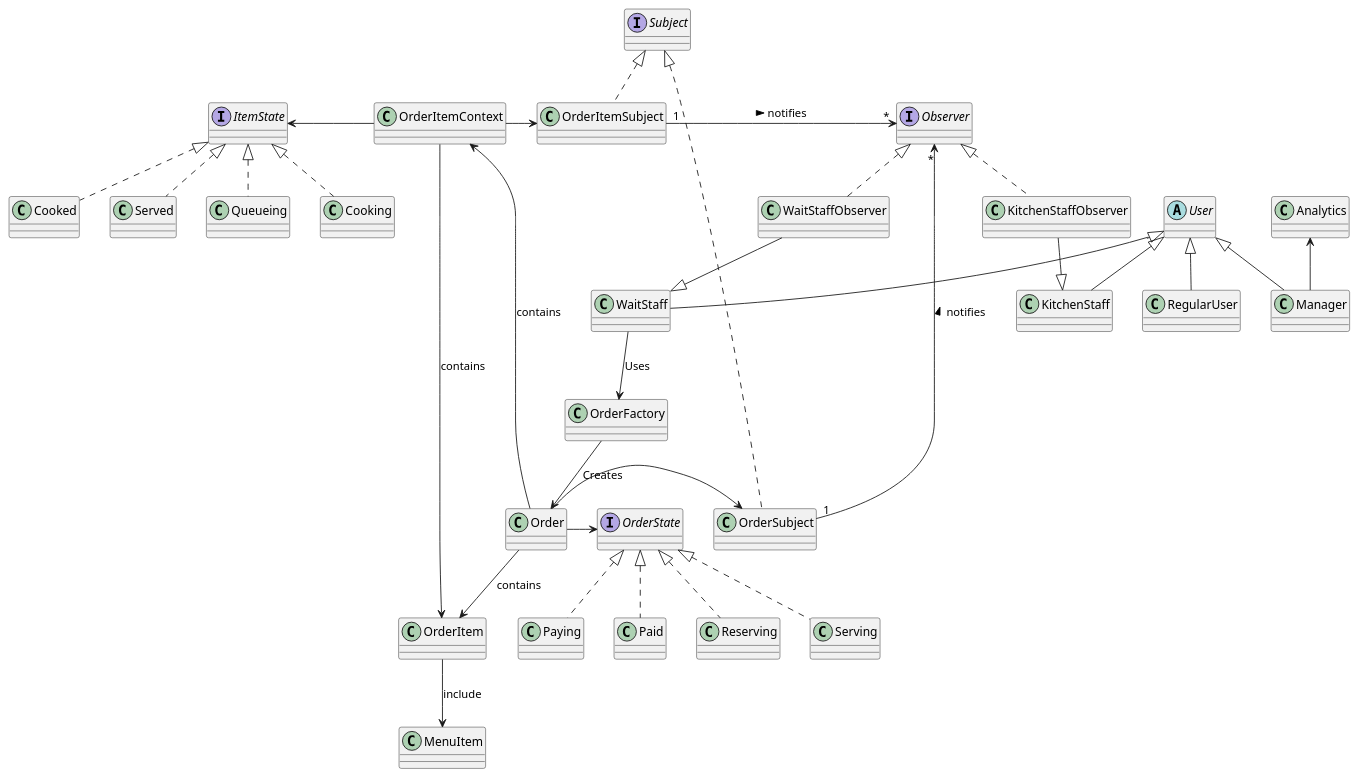
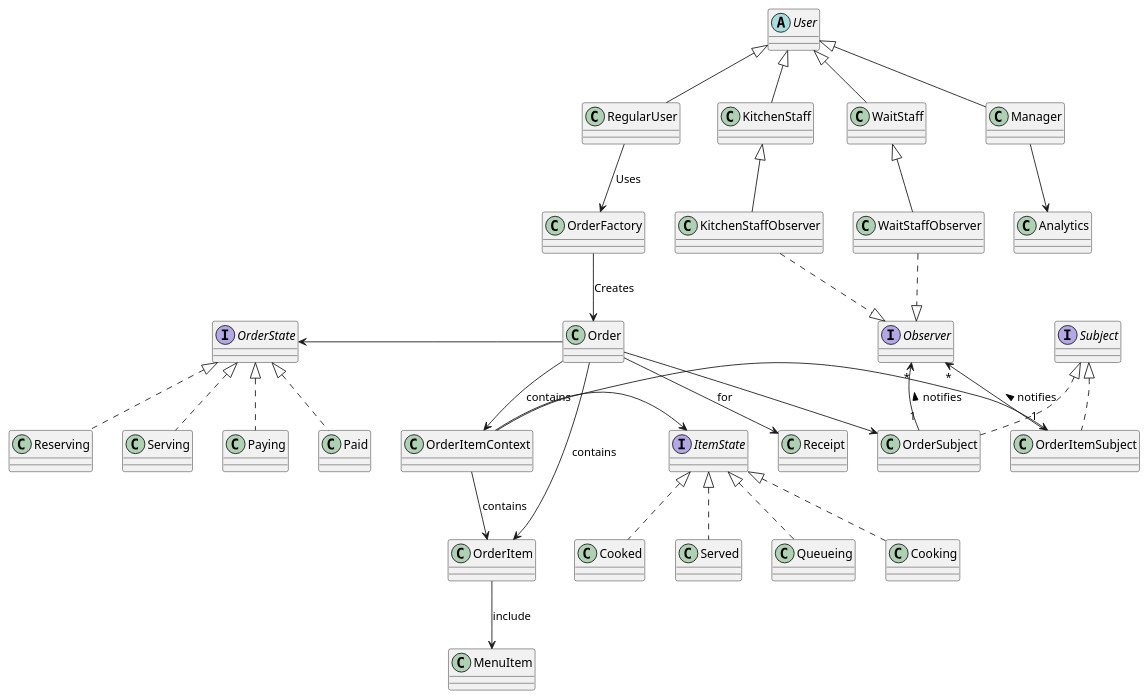
The diagram in design.puml (newbee1905/resturant-automate), drawn with PlantUML before and after one commit. The commit also changed 12 other files, not shown here.

Commit message:
feat: implement database logic for user, order and menu_item

```diff
--- a/design.puml
+++ b/design.puml
@@ -1,118 +1,123 @@
 @startuml
-
 ' Define interfaces for the Observer pattern
 interface Observer {
 }
 
 interface Subject {
 }
 
 ' Define concrete classes for the Observer pattern
-class WaitStaffObserver implements Observer {
+class WaitStaffObserver {
 }
 
-class KitchenStaffObserver implements Observer {
+class KitchenStaffObserver {
 }
 
 class OrderSubject implements Subject {
 }
 
 class OrderItemSubject implements Subject {
 }
 
 ' Define interfaces and classes for the State pattern for MenuItems
 interface ItemState {
 }
 
 class Queueing implements ItemState {
 }
 
 class Cooking implements ItemState {
 }
 
 class Cooked implements ItemState {
 }
 
 class Served implements ItemState {
 }
 
 class OrderItemContext {
 }
 
 class MenuItem {
 }
 
 ' Define user roles
 abstract User {
 }
 
 class KitchenStaff {
 }
 
 class WaitStaff {
 }
 
 class Manager {
 }
 
 class RegularUser {
 }
 
-' Link users to Observer roles
-WaitStaffObserver -down-|> WaitStaff
-KitchenStaffObserver -down-|> KitchenStaff
-
-' Connect the menu items to the order and states
-OrderItemContext -left-> ItemState
-OrderItemContext -right-> OrderItemSubject
-OrderItemContext --> OrderItem: contains
-OrderItem --> MenuItem : include
-
-Order --> OrderItem : contains
-
-Order -right-> OrderSubject
-
-' Link Subject to Observers explicitly
-OrderSubject "1" -down-> "*" Observer : notifies >
-OrderItemSubject "1" -right-> "*" Observer : notifies >
-
-' Composite pattern relations for user
-User <|-- WaitStaff
-User <|-- KitchenStaff
-User <|-- Manager
-User <|-- RegularUser
-
 ' Define Singleton for Analytics
 class Analytics {
 }
 
-Analytics <-down- Manager
-
 class OrderFactory {
 }
-
-OrderFactory --> Order : Creates
-
-' Link WaitStaff to creating OrderItem
-WaitStaff --> OrderFactory : Uses
-
-Order -> OrderItemContext : contains
 
 interface OrderState {
 }
 
 class Reserving implements OrderState {
 }
 
 class Serving implements OrderState {
 }
 
 class Paying implements OrderState {
 }
 
 class Paid implements OrderState {
 }
 
-Order -> OrderState
+' Composite pattern relations for user
+User <|-- WaitStaff
+User <|-- KitchenStaff
+User <|-- Manager
+User <|-- RegularUser
+
+Analytics <-up- Manager
+
+' Link WaitStaff to creating OrderItem
+RegularUser -down-> OrderFactory : Uses
+
+OrderFactory -down-> Order : Creates
+
+Order -down-> OrderItemContext : contains
+
+' Link users to Observer roles
+WaitStaffObserver -up-|> WaitStaff
+KitchenStaffObserver -up-|> KitchenStaff
+WaitStaffObserver .down.|> Observer
+KitchenStaffObserver .down.|> Observer
+
+' Link Subject to Observers explicitly
+OrderSubject "1" -up-> "*" Observer : notifies >
+OrderItemSubject "1" -up-> "*" Observer : notifies >
+
+' Connect the menu items to the order and states
+OrderItemContext -left-> ItemState
+OrderItemContext -right-> OrderItemSubject
+OrderItemContext --> OrderItem: contains
+
+OrderItem -down-> MenuItem : include
+
+Order --> OrderItem : contains
+
+Order -right-> OrderSubject
+
+
+Order -left-> OrderState
+
+Order -down-> Receipt : for
 
 @enduml
```
